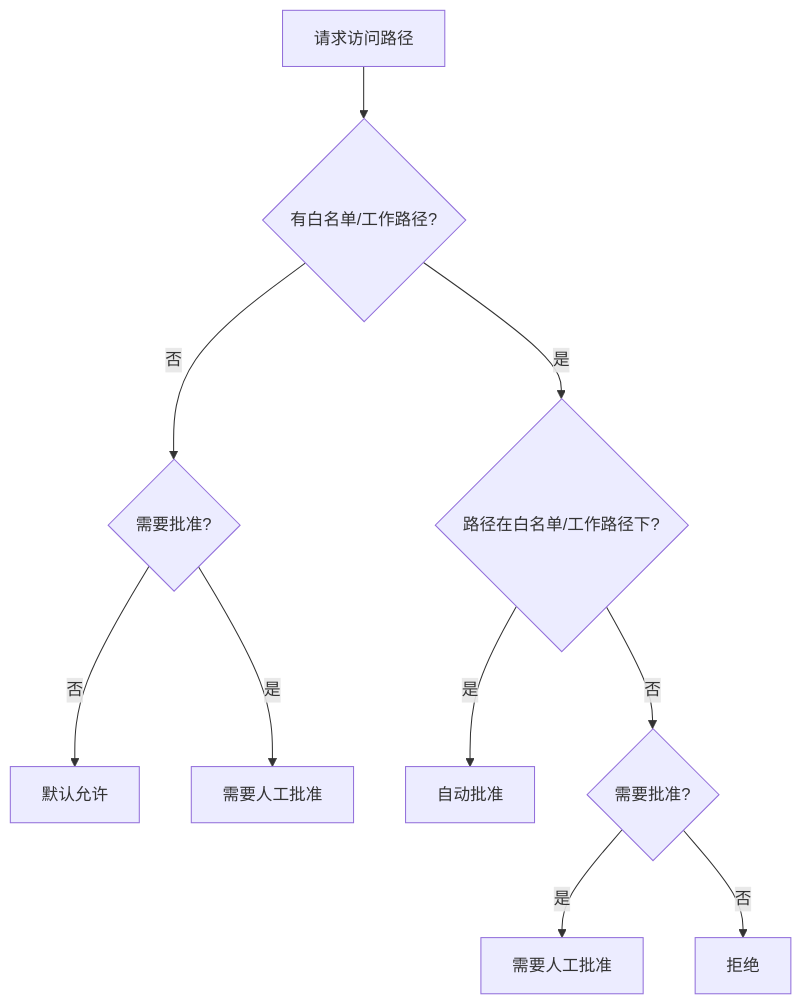
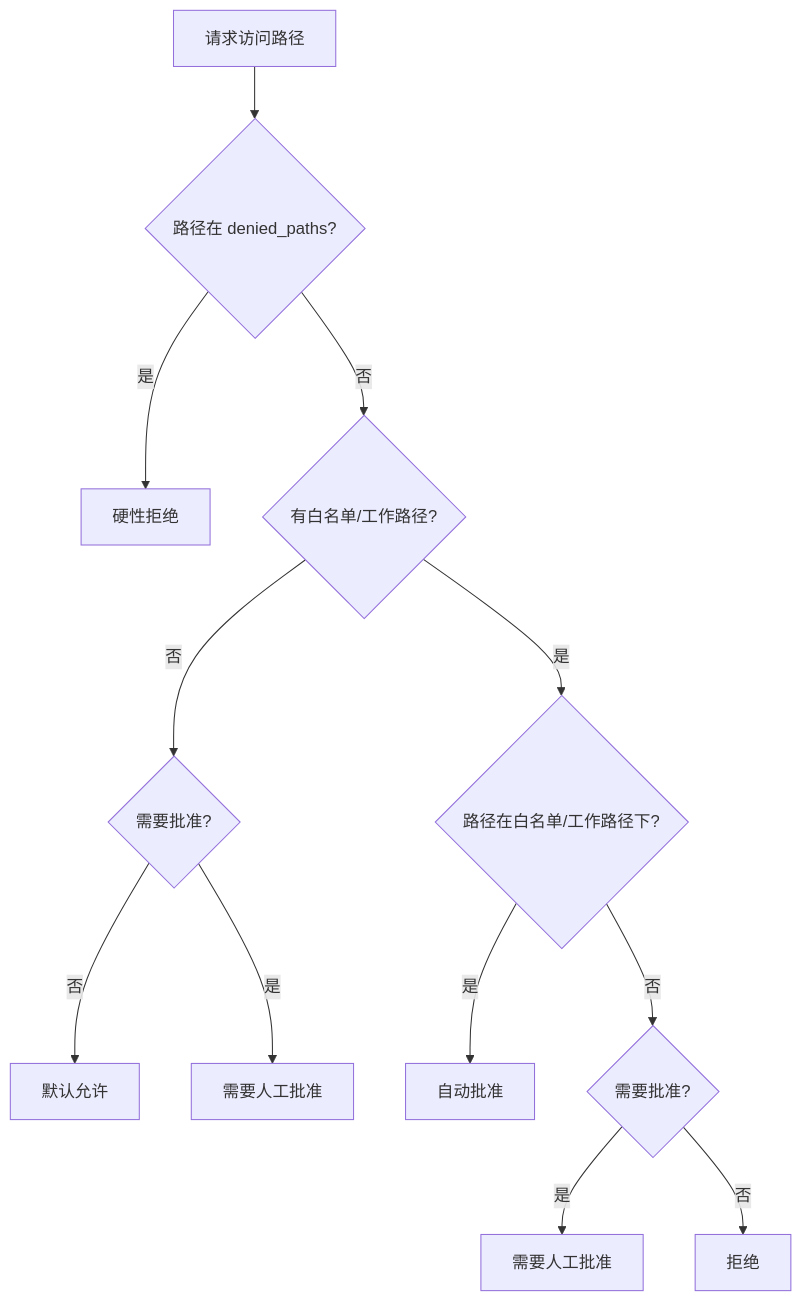
Before and after one commit to ghrah/ghrah-core: the diagram in docs/builtin-abilities.md, drawn with Mermaid. The commit also changed other lines of this file and 26 other files, not shown here.

First line of the commit message:
feat(abilities): 使用 denied_paths、AccessApprovalHook 和 workspace_root 解析统一 FS 权限

````diff
--- a/docs/builtin-abilities.md
+++ b/docs/builtin-abilities.md
@@ -512,12 +512,14 @@
 ```mermaid
 flowchart TD
-    A[请求访问路径] --> B{有白名单/工作路径?}
+    A[请求访问路径] --> D{路径在 denied_paths?}
+    D -->|是| K[硬性拒绝]
+    D -->|否| B{有白名单/工作路径?}
     B -->|否| C{需要批准?}
-    C -->|否| D[默认允许]
+    C -->|否| J[默认允许]
     C -->|是| E[需要人工批准]
     B -->|是| F{路径在白名单/工作路径下?}
     F -->|是| G[自动批准]
     F -->|否| H{需要批准?}
     H -->|是| I[需要人工批准]
-    H -->|否| J[拒绝]
+    H -->|否| J2[拒绝]
 ```
````
